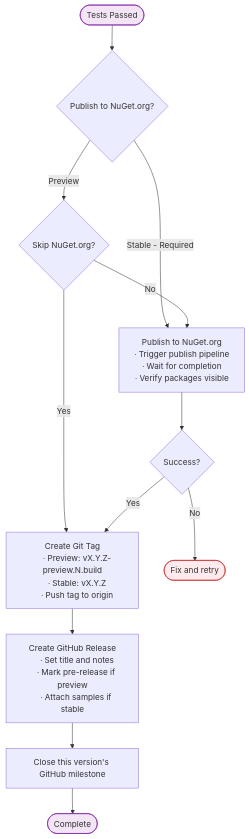
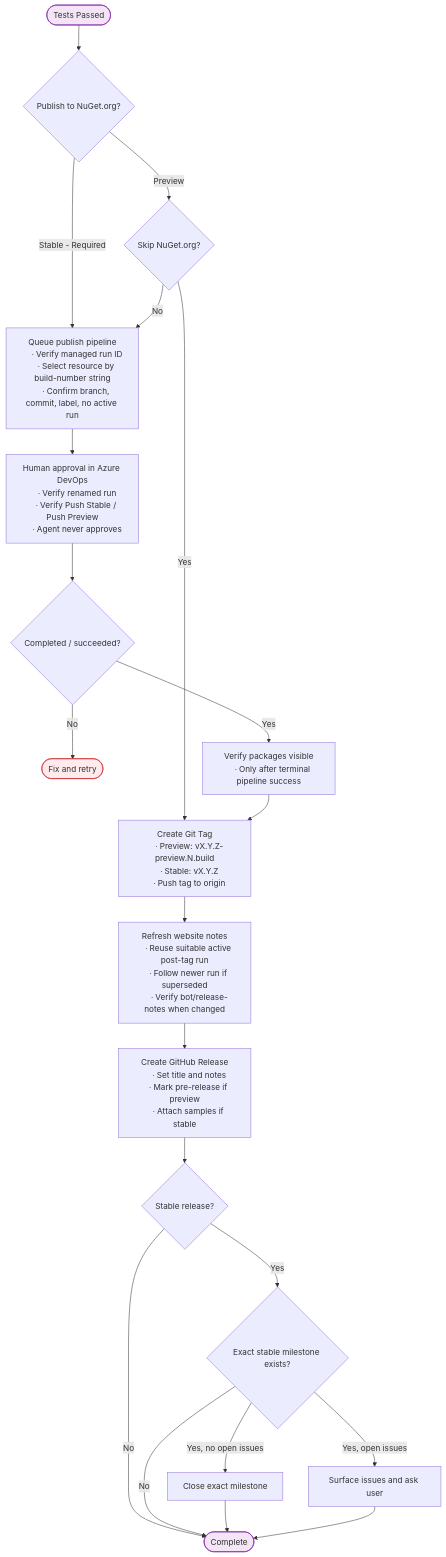
The third of 3 diagrams in documentation/dev/releasing.md (mono/SkiaSharp), drawn with Mermaid before and after one commit. The commit also changed 8 other files, not shown here.

````diff
--- a/documentation/dev/releasing.md
+++ b/documentation/dev/releasing.md
@@ -241,38 +241,57 @@
 ```mermaid
 flowchart TB
     START([Tests Passed]) --> REQ{Publish to NuGet.org?}
     
     REQ -->|Stable - Required| PUBLISH
     REQ -->|Preview| SKIP{Skip NuGet.org?}
     SKIP -->|Yes| TAG
     SKIP -->|No| PUBLISH
     
-    PUBLISH["Publish to NuGet.org
-    ∙ Trigger publish pipeline
-    ∙ Wait for completion
-    ∙ Verify packages visible"]
+    PUBLISH["Queue publish pipeline
+    ∙ Verify managed run ID
+    ∙ Select resource by build-number string
+    ∙ Confirm branch, commit, label, no active run"]
     
-    PUBLISH --> STATUS{Success?}
+    PUBLISH --> APPROVE["Human approval in Azure DevOps
+    ∙ Verify renamed run
+    ∙ Verify Push Stable / Push Preview
+    ∙ Agent never approves"]
+
+    APPROVE --> STATUS{Completed / succeeded?}
     STATUS -->|No| FAILED([Fix and retry])
-    STATUS -->|Yes| TAG
+    STATUS -->|Yes| VERIFY["Verify packages visible
+    ∙ Only after terminal pipeline success"]
+
+    VERIFY --> TAG
     
     TAG["Create Git Tag
     ∙ Preview: vX.Y.Z-preview.N.build
     ∙ Stable: vX.Y.Z
     ∙ Push tag to origin"]
     
-    TAG --> RELEASE
+    TAG --> NOTES["Refresh website notes
+    ∙ Reuse suitable active post-tag run
+    ∙ Follow newer run if superseded
+    ∙ Verify bot/release-notes when changed"]
+
+    NOTES --> RELEASE
     
     RELEASE["Create GitHub Release
     ∙ Set title and notes
     ∙ Mark pre-release if preview
     ∙ Attach samples if stable"]
     
-    RELEASE --> MILESTONE[Close this version's GitHub milestone]
-    MILESTONE --> DONE([Complete])
+    RELEASE --> STABLE{Stable release?}
+    STABLE -->|No| DONE([Complete])
+    STABLE -->|Yes| MILESTONE{Exact stable milestone exists?}
+    MILESTONE -->|No| DONE([Complete])
+    MILESTONE -->|Yes, no open issues| CLOSE[Close exact milestone]
+    MILESTONE -->|Yes, open issues| ASK[Surface issues and ask user]
+    CLOSE --> DONE
+    ASK --> DONE
 
     classDef error fill:#ffebee,stroke:#c62828
     classDef endpoint fill:#f3e5f5,stroke:#7b1fa2
     class FAILED error
     class START,DONE endpoint
 ```
````
